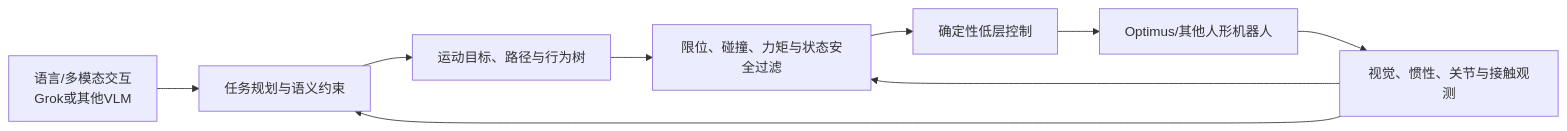
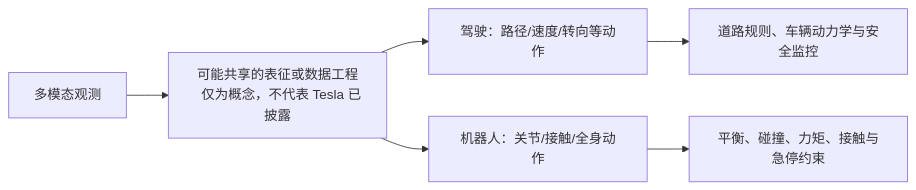
Before and after one commit to DemonDamon/embodied-intelligence-nexus: the diagram in researches/2026-08-industry-platforms-claims/tesla-optimus-terafab-ai5-grok-verification.md, drawn with Mermaid. The commit also changed other lines of this file and 16 other files, not shown here.

````diff
--- a/researches/2026-08-industry-platforms-claims/tesla-optimus-terafab-ai5-grok-verification.md
+++ b/researches/2026-08-industry-platforms-claims/tesla-optimus-terafab-ai5-grok-verification.md
@@ -30,12 +32,9 @@
 ```mermaid
 flowchart LR
-    L[语言/多模态交互
-Grok或其他VLM] --> P[任务规划与语义约束]
-    P --> M[运动目标、路径与行为树]
-    M --> S[限位、碰撞、力矩与状态安全过滤]
-    S --> C[确定性低层控制]
-    C --> R[Optimus/其他人形机器人]
-    R --> O[视觉、惯性、关节与接触观测]
-    O --> P
-    O --> S
+  O[多模态观测] --> H[可能共享的表征或数据工程
+  仅为概念，不代表 Tesla 已披露]
+  H --> D[驾驶：路径/速度/转向等动作]
+  H --> R[机器人：关节/接触/全身动作]
+  D --> SD[道路规则、车辆动力学与安全监控]
+  R --> SR[平衡、碰撞、力矩、接触与急停约束]
 ```
````
